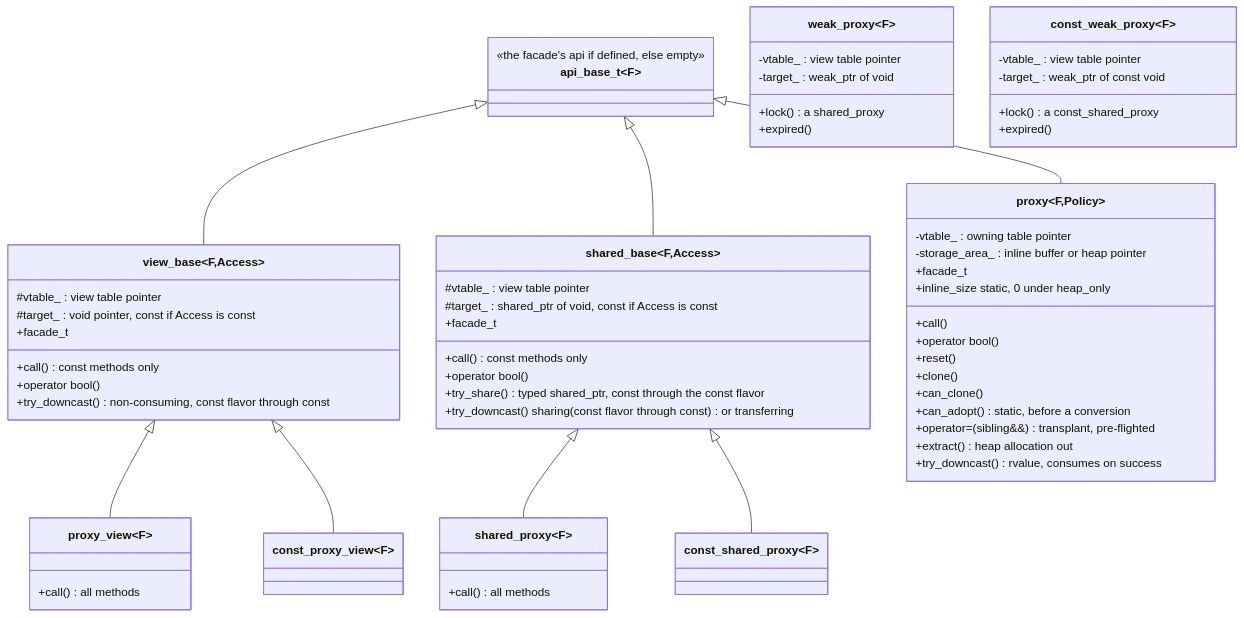
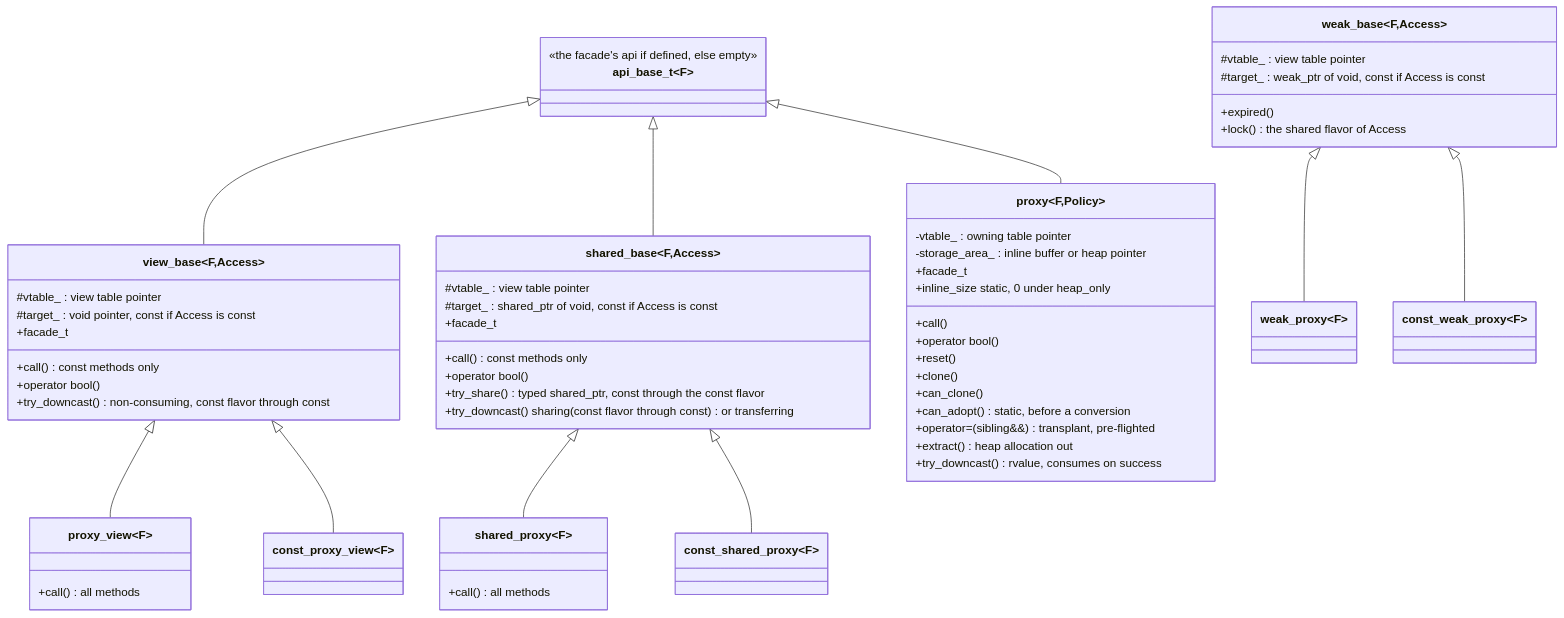
Before and after one commit to stevensudit/Corvid: the second of 8 diagrams in corvid/meta/invoke/proxy.md, drawn with Mermaid. The commit also changed other lines of this file and 2 other files, not shown here.

Commit message:
checkpoint

````diff
--- a/corvid/meta/invoke/proxy.md
+++ b/corvid/meta/invoke/proxy.md
@@ -955,67 +957,67 @@
 ```mermaid
 classDiagram
     class api_base_t~F~ {
         <<the facade's api if defined, else empty>>
     }
     class view_base~F,Access~ {
         #vtable_ : view table pointer
         #target_ : void pointer, const if Access is const
         +facade_t
         +call() const methods only
         +operator bool()
         +try_downcast() non-consuming, const flavor through const
     }
     class shared_base~F,Access~ {
         #vtable_ : view table pointer
         #target_ : shared_ptr of void, const if Access is const
         +facade_t
         +call() const methods only
         +operator bool()
         +try_share() typed shared_ptr, const through the const flavor
         +try_downcast() sharing (const flavor through const) or transferring
     }
     class proxy_view~F~ {
         +call() all methods
     }
     class const_proxy_view~F~ {
     }
     class proxy~F,Policy~ {
         -vtable_ : owning table pointer
         -storage_area_ : inline buffer or heap pointer
         +facade_t
         +inline_size static, 0 under heap_only
         +call()
         +operator bool()
         +reset()
         +clone()
         +can_clone()
         +can_adopt() static, before a conversion
         +operator=(sibling&&) transplant, pre-flighted
         +extract() heap allocation out
         +try_downcast() rvalue, consumes on success
     }
     class shared_proxy~F~ {
         +call() all methods
     }
     class const_shared_proxy~F~ {
     }
+    class weak_base~F,Access~ {
+        #vtable_ : view table pointer
+        #target_ : weak_ptr of void, const if Access is const
+        +expired()
+        +lock() the shared flavor of Access
+    }
     class weak_proxy~F~ {
-        -vtable_ : view table pointer
-        -target_ : weak_ptr of void
-        +lock() a shared_proxy
-        +expired()
     }
     class const_weak_proxy~F~ {
-        -vtable_ : view table pointer
-        -target_ : weak_ptr of const void
-        +lock() a const_shared_proxy
-        +expired()
     }
     api_base_t <|-- view_base
     view_base <|-- proxy_view
     view_base <|-- const_proxy_view
     api_base_t <|-- proxy
     api_base_t <|-- shared_base
     shared_base <|-- shared_proxy
     shared_base <|-- const_shared_proxy
+    weak_base <|-- weak_proxy
+    weak_base <|-- const_weak_proxy
 ```
````
